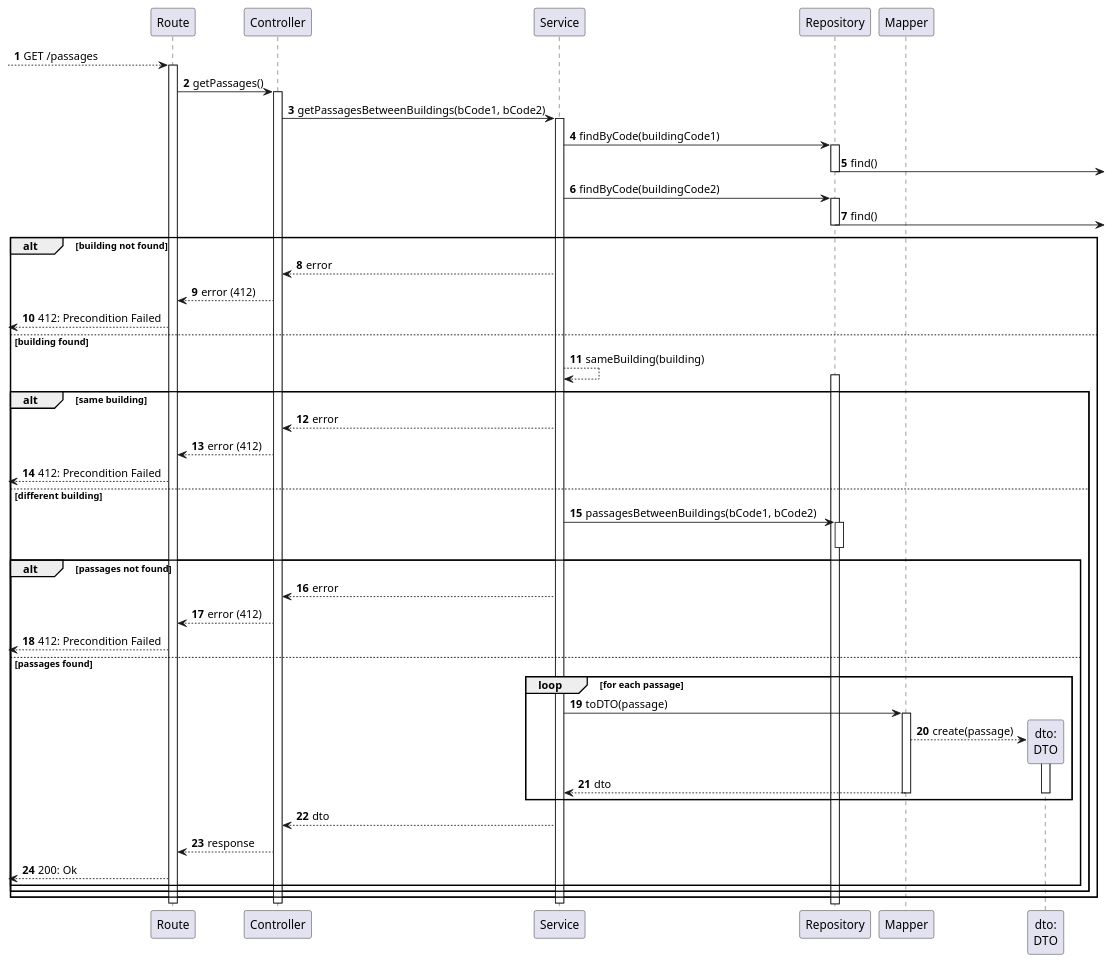
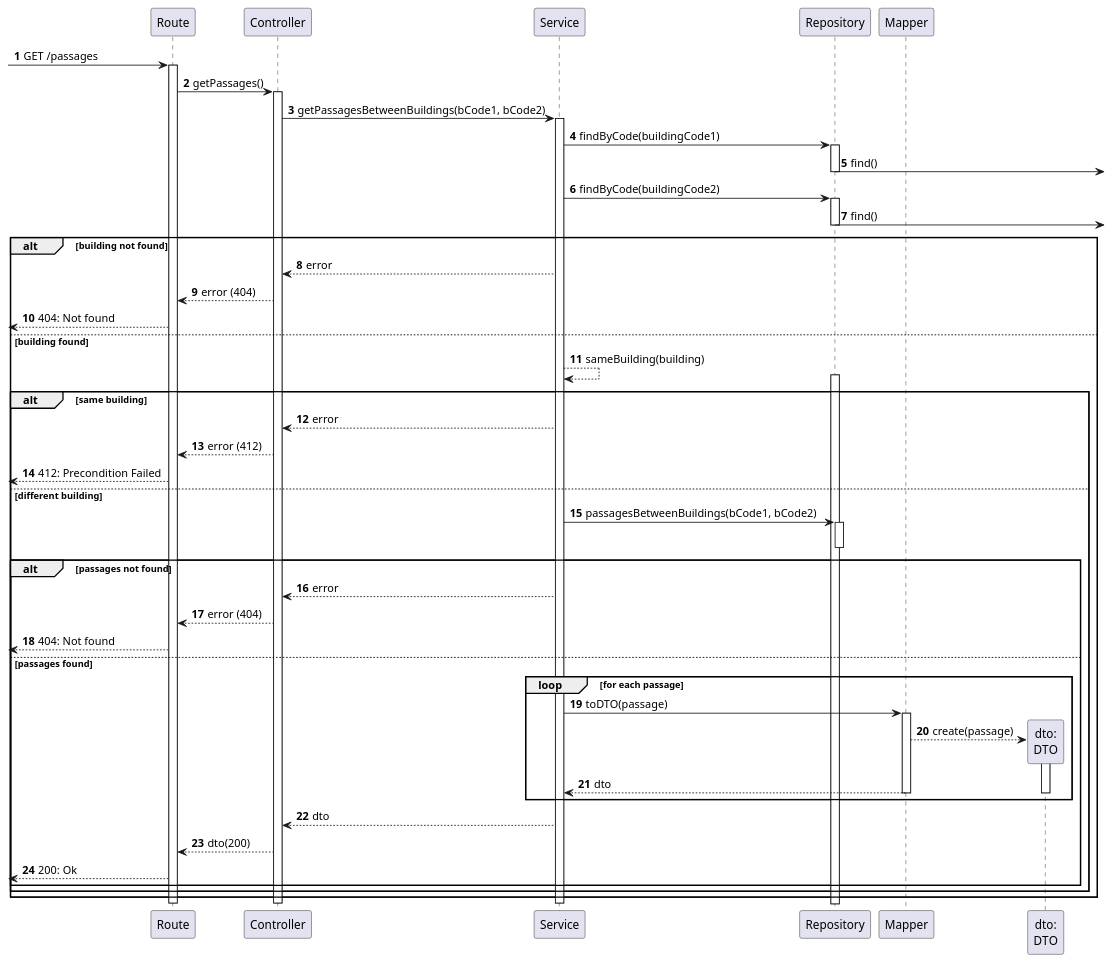
One commit to Departamento-de-Engenharia-Informatica/lapr5-23-24-g19 changed the diagram in docs/us260/level3/process-view-between2buildings.puml. Above: the diagram before and after it, drawn with PlantUML. The commit also changed 51 other files, not shown here.

Commit message:
docs(us270,280,290,310,350,380): updated response code "404: Not found"

```diff
--- a/docs/us260/level3/process-view-between2buildings.puml
+++ b/docs/us260/level3/process-view-between2buildings.puml
@@ -1,75 +1,75 @@
 @startuml
 autonumber
 
 participant "Route" as r
 participant "Controller" as ctrl
 participant "Service" as svc
 participant "Repository" as repo
 
 participant "Mapper" as map
 participant "dto:\nDTO" as dto
 
 
-[--> r : GET /passages
+[-> r : GET /passages
 activate r
 
     r -> ctrl : getPassages()
     activate ctrl
 
         ctrl -> svc : getPassagesBetweenBuildings(bCode1, bCode2)
         activate svc
 
             svc -> repo : findByCode(buildingCode1)
             activate repo
                 repo ->] : find()
             deactivate repo
 
             svc -> repo : findByCode(buildingCode2)
             activate repo
                 repo ->] : find()
             deactivate repo
 
             alt building not found
                 svc --> ctrl : error
-                ctrl --> r : error (412)
-                [<-- r : 412: Precondition Failed
+                ctrl --> r : error (404)
+                [<-- r : 404: Not found
             else building found
                 svc --> svc : sameBuilding(building)
                 activate repo
                 deactivate repo
 
                 alt same building
                     svc --> ctrl : error
                     ctrl --> r : error (412)
                     [<-- r : 412: Precondition Failed
                 else different building
                     svc -> repo : passagesBetweenBuildings(bCode1, bCode2)
                     activate repo
                     deactivate repo
 
                     alt passages not found
                         svc --> ctrl : error
-                        ctrl --> r : error (412)
-                        [<-- r : 412: Precondition Failed
+                        ctrl --> r : error (404)
+                        [<-- r : 404: Not found
                     else passages found
                         loop for each passage
                              svc -> map : toDTO(passage)
                             activate map
                                 map --> dto** : create(passage)
                                 activate dto
                                     map --> svc : dto
                                 deactivate dto
                             deactivate map
                         end loop
 
                         svc --> ctrl : dto
-                        ctrl --> r : response
+                        ctrl --> r : dto(200)
                         [<-- r : 200: Ok
                     end
                 end
             end
         deactivate svc
     deactivate ctrl
 deactivate r
 
 @enduml
```
